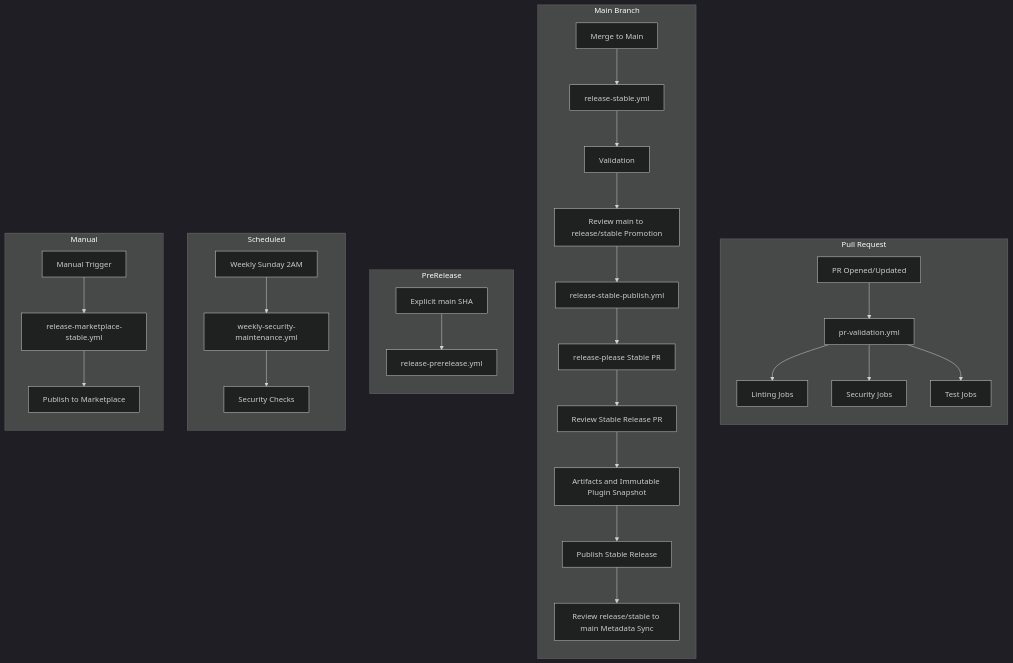
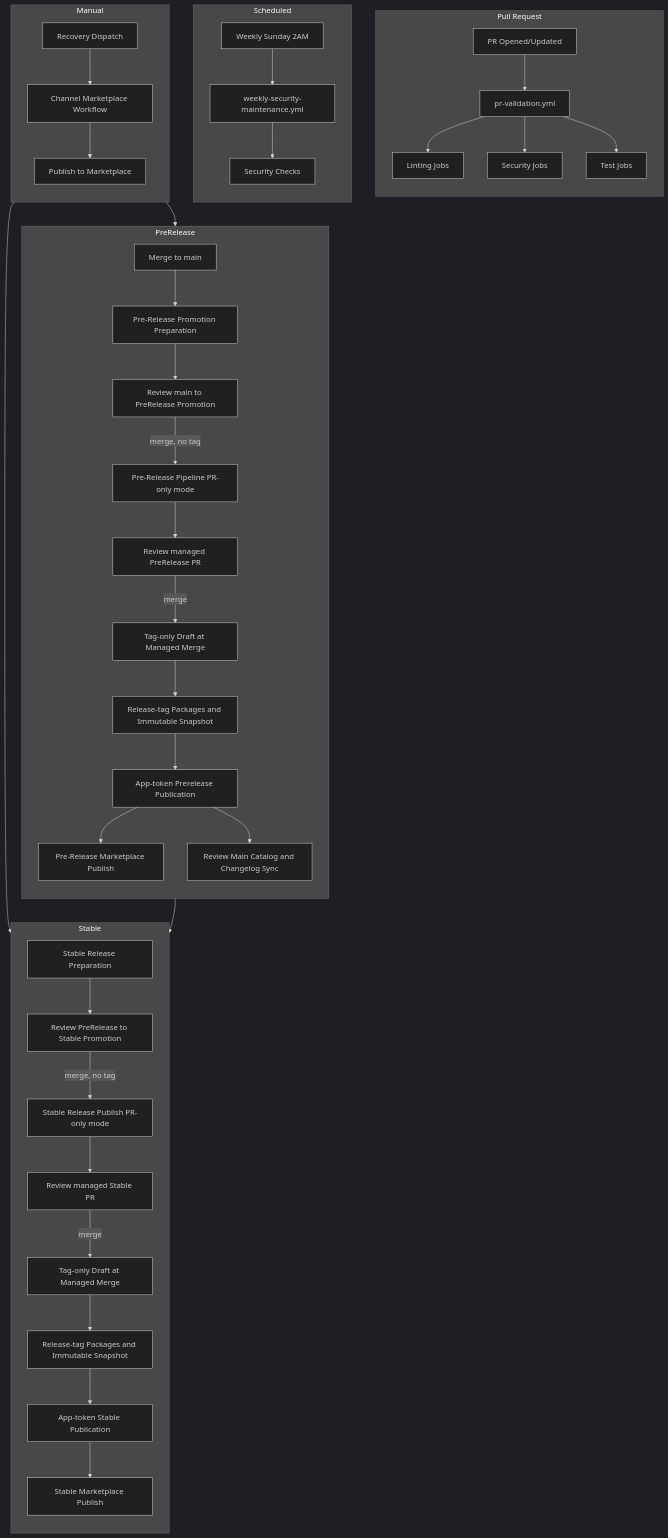
Before and after one commit to MohammedAlkindi/hve-core: the first of 3 diagrams in docs/architecture/workflows.md, drawn with Mermaid (dark theme). The commit also changed other lines of this file and 19 other files, not shown here.

First line of the commit message:
feat(workflows): establish reviewed channel promotion and immutable release pipelines

````diff
--- a/docs/architecture/workflows.md
+++ b/docs/architecture/workflows.md
@@ -14,40 +14,49 @@
 ```mermaid
 flowchart TD
     subgraph PR["Pull Request"]
         direction TB
         PR1[PR Opened/Updated] --> PV[pr-validation.yml]
         PV --> LINT[Linting Jobs]
         PV --> SEC[Security Jobs]
         PV --> TEST[Test Jobs]
     end
 
-    subgraph MAIN["Main Branch"]
+    subgraph PRE["PreRelease"]
         direction TB
-        MERGE[Merge to Main] --> MN[release-stable.yml]
-        MN --> VAL[Validation]
-        VAL --> PROMO[Review main to release/stable Promotion]
-        PROMO --> STABLE[release-stable-publish.yml]
-        STABLE --> REL[release-please Stable PR]
-        REL --> REVIEW[Review Stable Release PR]
-        REVIEW --> EVIDENCE[Artifacts and Immutable Plugin Snapshot]
-        EVIDENCE --> PUBLISH[Publish Stable Release]
-        PUBLISH --> SYNC[Review release/stable to main Metadata Sync]
+        MERGE[Merge to main] --> PREP[Pre-Release Promotion Preparation]
+        PREP --> PROMO[Review main to PreRelease Promotion]
+        PROMO -->|merge, no tag| PRE_RP[Pre-Release Pipeline PR-only mode]
+        PRE_RP --> PRE_REL[Review managed PreRelease PR]
+        PRE_REL -->|merge| PRE_DRAFT[Tag-only Draft at Managed Merge]
+        PRE_DRAFT --> PRE_EVIDENCE[Release-tag Packages and Immutable Snapshot]
+        PRE_EVIDENCE --> PRE_PUBLISH[App-token Prerelease Publication]
+        PRE_PUBLISH --> PRE_MARKET[Pre-Release Marketplace Publish]
+        PRE_PUBLISH --> MAIN_SYNC[Review Main Catalog and Changelog Sync]
     end
 
-    subgraph PRE["PreRelease"]
+    subgraph STABLE["Stable"]
         direction TB
-        SHA[Explicit main SHA] --> PRE_RELEASE[release-prerelease.yml]
+        PRE_PUBLISH --> ST_PREP[Stable Release Preparation]
+        ST_PREP --> ST_PROMO[Review PreRelease to Stable Promotion]
+        ST_PROMO -->|merge, no tag| ST_RP[Stable Release Publish PR-only mode]
+        ST_RP --> ST_REL[Review managed Stable PR]
+        ST_REL -->|merge| ST_DRAFT[Tag-only Draft at Managed Merge]
+        ST_DRAFT --> ST_EVIDENCE[Release-tag Packages and Immutable Snapshot]
+        ST_EVIDENCE --> ST_PUBLISH[App-token Stable Publication]
+        ST_PUBLISH --> ST_MARKET[Stable Marketplace Publish]
     end
 
     subgraph SCHED["Scheduled"]
         direction TB
         CRON[Weekly Sunday 2AM] --> WEEKLY[weekly-security-maintenance.yml]
         WEEKLY --> SECCHECK[Security Checks]
     end
 
     subgraph MANUAL["Manual"]
         direction TB
-        DISPATCH[Manual Trigger] --> PUB[release-marketplace-stable.yml]
+        DISPATCH[Recovery Dispatch] --> PREP
+        DISPATCH --> ST_PREP
+        DISPATCH --> PUB[Channel Marketplace Workflow]
         PUB --> VSCE[Publish to Marketplace]
     end
 ```
````
